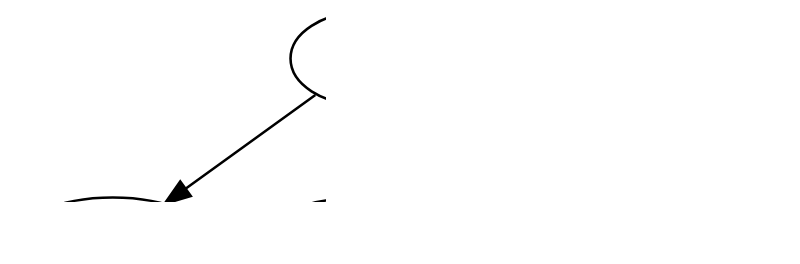
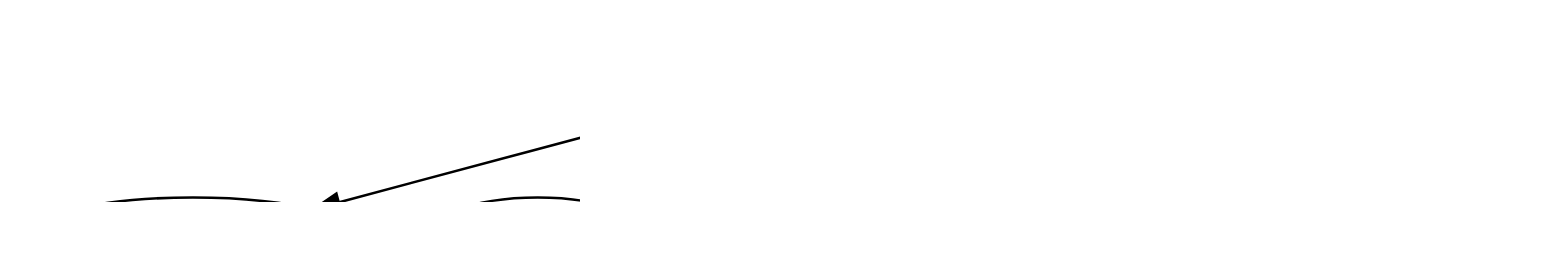
Before and after one commit to Serapieum-of-alex/statista: the diagram in docs/index.rst, drawn with Graphviz. The commit also changed other lines of this file and 2 other files, not shown here.

```diff
--- a/docs/index.rst
+++ b/docs/index.rst
@@ -78,6 +71,8 @@
 .. digraph:: Linking
 
-    GIS -> raster;
-    GIS -> vector;
-    GIS -> giscatchment;
+    statista -> distributions;
+    statista -> metrics;
+    statista -> parameters;
+    statista -> sensitivity;
+    statista -> tools;
     dpi=200;
```
